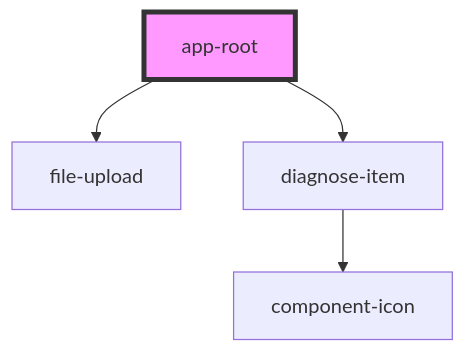
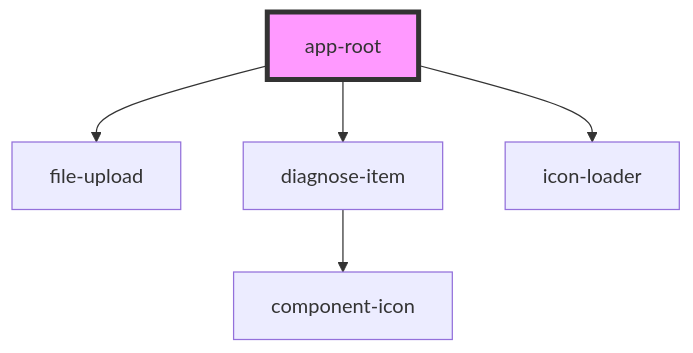
One commit to grantlouisherman/rest-diagnostic-stencil changed the diagram in rest-diagnostic/src/components/root/readme.md. Above: the diagram before and after it, drawn with Mermaid. The commit also changed other lines of this file and 2 other files, not shown here.

Commit message:
updating manifest for CORS

````diff
--- a/rest-diagnostic/src/components/root/readme.md
+++ b/rest-diagnostic/src/components/root/readme.md
@@ -16,7 +17,8 @@
 ```mermaid
 graph TD;
   app-root --> file-upload
   app-root --> diagnose-item
+  app-root --> icon-loader
   diagnose-item --> component-icon
   style app-root fill:#f9f,stroke:#333,stroke-width:4px
 ```
````
